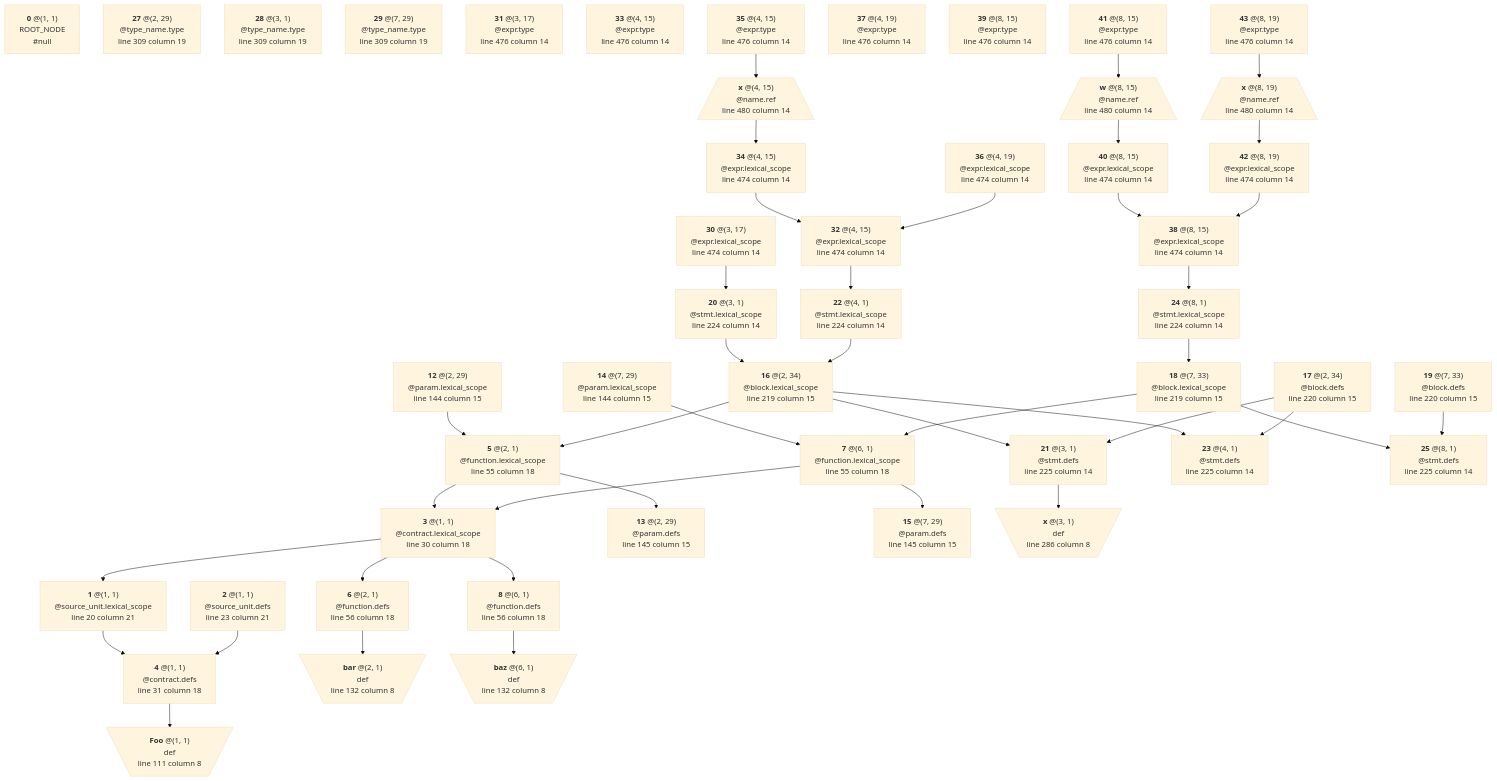
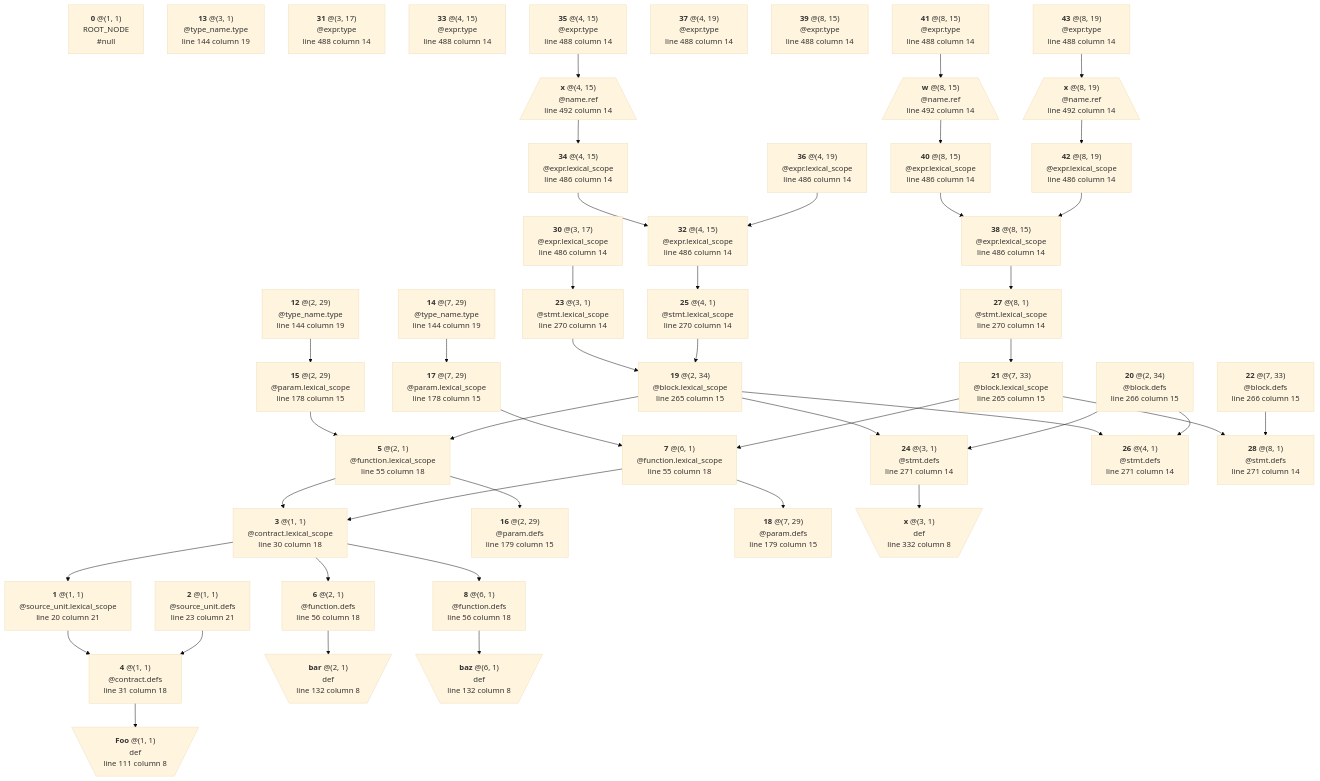
One commit to manastech/slang changed the diagram in crates/solidity/testing/snapshots/bindings_output/lexical/generated/local_vars.sol-0.4.11.mmd. Above: the diagram before and after it, drawn with Mermaid (base theme). The commit also changed 16 other files, not shown here.

```diff
--- a/crates/solidity/testing/snapshots/bindings_output/lexical/generated/local_vars.sol-0.4.11.mmd
+++ b/crates/solidity/testing/snapshots/bindings_output/lexical/generated/local_vars.sol-0.4.11.mmd
@@ -1,181 +1,183 @@
 graph TD
 	N0["`**0** @(1, 1)
 ROOT_NODE
 #null`"]
 	N1["`**1** @(1, 1)
 @source_unit.lexical_scope
 line 20 column 21`"]
 	N1 --> N4
 	N2["`**2** @(1, 1)
 @source_unit.defs
 line 23 column 21`"]
 	N2 --> N4
 	N3["`**3** @(1, 1)
 @contract.lexical_scope
 line 30 column 18`"]
 	N3 --> N1
 	N3 --> N6
 	N3 --> N8
 	N4["`**4** @(1, 1)
 @contract.defs
 line 31 column 18`"]
 	N4 --> N9
 	N5["`**5** @(2, 1)
 @function.lexical_scope
 line 55 column 18`"]
 	N5 --> N3
-	N5 --> N13
+	N5 --> N16
 	N6["`**6** @(2, 1)
 @function.defs
 line 56 column 18`"]
 	N6 --> N10
 	N7["`**7** @(6, 1)
 @function.lexical_scope
 line 55 column 18`"]
 	N7 --> N3
-	N7 --> N15
+	N7 --> N18
 	N8["`**8** @(6, 1)
 @function.defs
 line 56 column 18`"]
 	N8 --> N11
 	N9[\"`**Foo** @(1, 1)
 def
 line 111 column 8`"/]
 	N10[\"`**bar** @(2, 1)
 def
 line 132 column 8`"/]
 	N11[\"`**baz** @(6, 1)
 def
 line 132 column 8`"/]
 	N12["`**12** @(2, 29)
+@type_name.type
+line 144 column 19`"]
+	N12 --> N15
+	N13["`**13** @(3, 1)
+@type_name.type
+line 144 column 19`"]
+	N14["`**14** @(7, 29)
+@type_name.type
+line 144 column 19`"]
+	N14 --> N17
+	N15["`**15** @(2, 29)
 @param.lexical_scope
-line 144 column 15`"]
-	N12 --> N5
-	N13["`**13** @(2, 29)
+line 178 column 15`"]
+	N15 --> N5
+	N16["`**16** @(2, 29)
 @param.defs
-line 145 column 15`"]
-	N14["`**14** @(7, 29)
+line 179 column 15`"]
+	N17["`**17** @(7, 29)
 @param.lexical_scope
-line 144 column 15`"]
-	N14 --> N7
-	N15["`**15** @(7, 29)
+line 178 column 15`"]
+	N17 --> N7
+	N18["`**18** @(7, 29)
 @param.defs
-line 145 column 15`"]
-	N16["`**16** @(2, 34)
+line 179 column 15`"]
+	N19["`**19** @(2, 34)
 @block.lexical_scope
-line 219 column 15`"]
-	N16 --> N5
-	N16 --> N21
-	N16 --> N23
-	N17["`**17** @(2, 34)
+line 265 column 15`"]
+	N19 --> N5
+	N19 --> N24
+	N19 --> N26
+	N20["`**20** @(2, 34)
 @block.defs
-line 220 column 15`"]
-	N17 --> N21
-	N17 --> N23
-	N18["`**18** @(7, 33)
+line 266 column 15`"]
+	N20 --> N24
+	N20 --> N26
+	N21["`**21** @(7, 33)
 @block.lexical_scope
-line 219 column 15`"]
-	N18 --> N7
-	N18 --> N25
-	N19["`**19** @(7, 33)
+line 265 column 15`"]
+	N21 --> N7
+	N21 --> N28
+	N22["`**22** @(7, 33)
 @block.defs
-line 220 column 15`"]
-	N19 --> N25
-	N20["`**20** @(3, 1)
+line 266 column 15`"]
+	N22 --> N28
+	N23["`**23** @(3, 1)
 @stmt.lexical_scope
-line 224 column 14`"]
-	N20 --> N16
-	N21["`**21** @(3, 1)
+line 270 column 14`"]
+	N23 --> N19
+	N24["`**24** @(3, 1)
 @stmt.defs
-line 225 column 14`"]
-	N21 --> N26
-	N22["`**22** @(4, 1)
+line 271 column 14`"]
+	N24 --> N29
+	N25["`**25** @(4, 1)
 @stmt.lexical_scope
-line 224 column 14`"]
-	N22 --> N16
-	N23["`**23** @(4, 1)
+line 270 column 14`"]
+	N25 --> N19
+	N26["`**26** @(4, 1)
 @stmt.defs
-line 225 column 14`"]
-	N24["`**24** @(8, 1)
+line 271 column 14`"]
+	N27["`**27** @(8, 1)
 @stmt.lexical_scope
-line 224 column 14`"]
-	N24 --> N18
-	N25["`**25** @(8, 1)
+line 270 column 14`"]
+	N27 --> N21
+	N28["`**28** @(8, 1)
 @stmt.defs
-line 225 column 14`"]
-	N26[\"`**x** @(3, 1)
+line 271 column 14`"]
+	N29[\"`**x** @(3, 1)
 def
-line 286 column 8`"/]
-	N27["`**27** @(2, 29)
-@type_name.type
-line 309 column 19`"]
-	N28["`**28** @(3, 1)
-@type_name.type
-line 309 column 19`"]
-	N29["`**29** @(7, 29)
-@type_name.type
-line 309 column 19`"]
+line 332 column 8`"/]
 	N30["`**30** @(3, 17)
 @expr.lexical_scope
-line 474 column 14`"]
-	N30 --> N20
+line 486 column 14`"]
+	N30 --> N23
 	N31["`**31** @(3, 17)
 @expr.type
-line 476 column 14`"]
+line 488 column 14`"]
 	N32["`**32** @(4, 15)
 @expr.lexical_scope
-line 474 column 14`"]
-	N32 --> N22
+line 486 column 14`"]
+	N32 --> N25
 	N33["`**33** @(4, 15)
 @expr.type
-line 476 column 14`"]
+line 488 column 14`"]
 	N34["`**34** @(4, 15)
 @expr.lexical_scope
-line 474 column 14`"]
+line 486 column 14`"]
 	N34 --> N32
 	N35["`**35** @(4, 15)
 @expr.type
-line 476 column 14`"]
+line 488 column 14`"]
 	N35 --> N44
 	N36["`**36** @(4, 19)
 @expr.lexical_scope
-line 474 column 14`"]
+line 486 column 14`"]
 	N36 --> N32
 	N37["`**37** @(4, 19)
 @expr.type
-line 476 column 14`"]
+line 488 column 14`"]
 	N38["`**38** @(8, 15)
 @expr.lexical_scope
-line 474 column 14`"]
-	N38 --> N24
+line 486 column 14`"]
+	N38 --> N27
 	N39["`**39** @(8, 15)
 @expr.type
-line 476 column 14`"]
+line 488 column 14`"]
 	N40["`**40** @(8, 15)
 @expr.lexical_scope
-line 474 column 14`"]
+line 486 column 14`"]
 	N40 --> N38
 	N41["`**41** @(8, 15)
 @expr.type
-line 476 column 14`"]
+line 488 column 14`"]
 	N41 --> N45
 	N42["`**42** @(8, 19)
 @expr.lexical_scope
-line 474 column 14`"]
+line 486 column 14`"]
 	N42 --> N38
 	N43["`**43** @(8, 19)
 @expr.type
-line 476 column 14`"]
+line 488 column 14`"]
 	N43 --> N46
 	N44[/"`**x** @(4, 15)
 @name.ref
-line 480 column 14`"\]
+line 492 column 14`"\]
 	N44 --> N34
 	N45[/"`**w** @(8, 15)
 @name.ref
-line 480 column 14`"\]
+line 492 column 14`"\]
 	N45 --> N40
 	N46[/"`**x** @(8, 19)
 @name.ref
-line 480 column 14`"\]
+line 492 column 14`"\]
 	N46 --> N42
```
